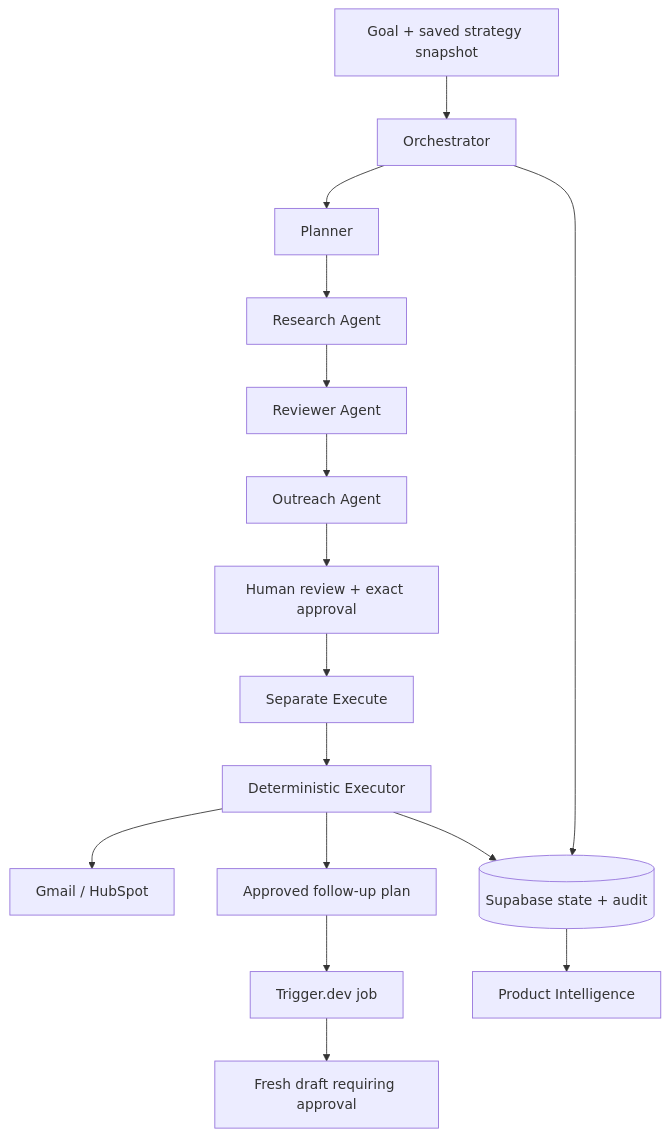
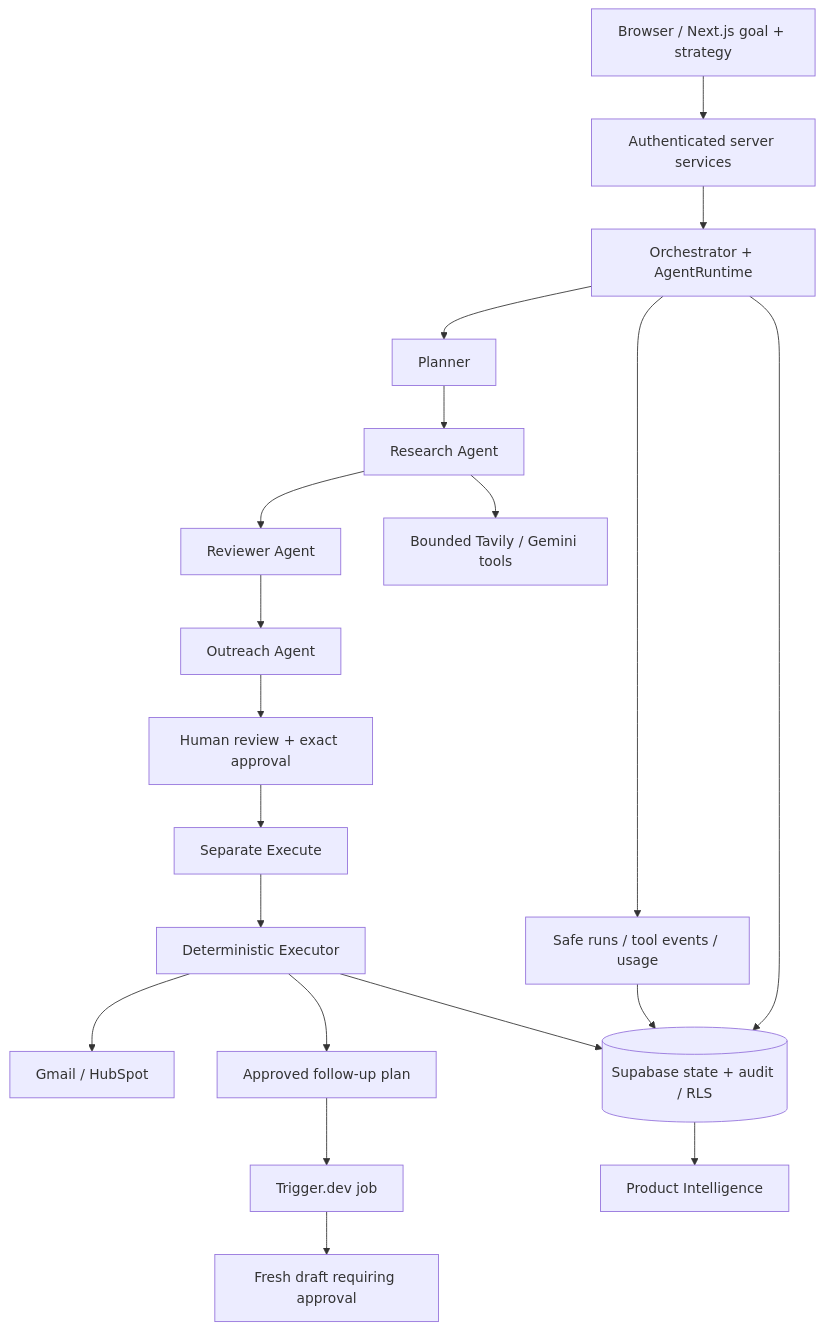
Before and after one commit to h1ziix/Agentic-Ops: the diagram in README.md, drawn with Mermaid. The commit also changed other lines of this file and 57 other files, not shown here.

````diff
--- a/README.md
+++ b/README.md
@@ -34,18 +34,22 @@
 ```mermaid
 flowchart TD
-    G[Goal + saved strategy snapshot] --> O[Orchestrator]
+    G[Browser / Next.js goal + strategy] --> S[Authenticated server services]
+    S --> O[Orchestrator + AgentRuntime]
     O --> P[Planner]
     P --> R[Research Agent]
     R --> RV[Reviewer Agent]
     RV --> OUT[Outreach Agent]
     OUT --> A[Human review + exact approval]
     A --> X[Separate Execute]
     X --> E[Deterministic Executor]
     E --> EXT[Gmail / HubSpot]
     E --> F[Approved follow-up plan]
     F --> J[Trigger.dev job]
     J --> D[Fresh draft requiring approval]
-    O --> DB[(Supabase state + audit)]
+    R --> T[Bounded Tavily / Gemini tools]
+    O --> OBS[Safe runs / tool events / usage]
+    OBS --> DB[(Supabase state + audit / RLS)]
+    O --> DB
     E --> DB
     DB --> I[Product Intelligence]
 ```
````
